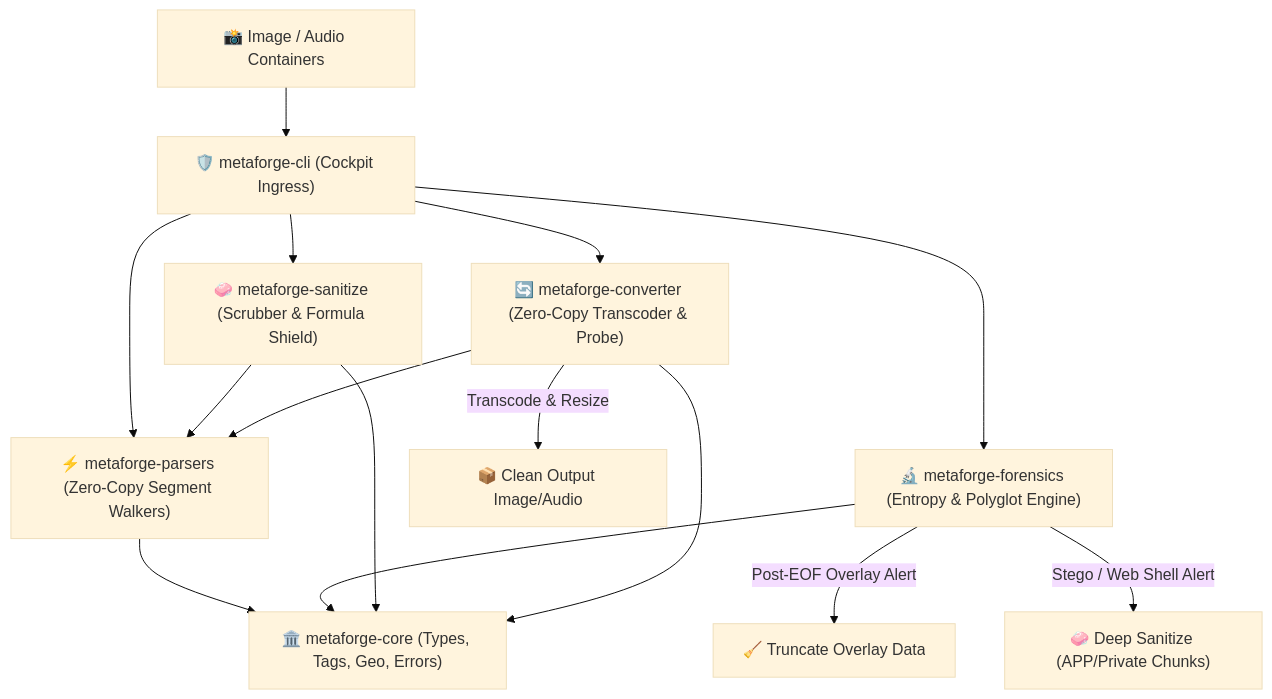
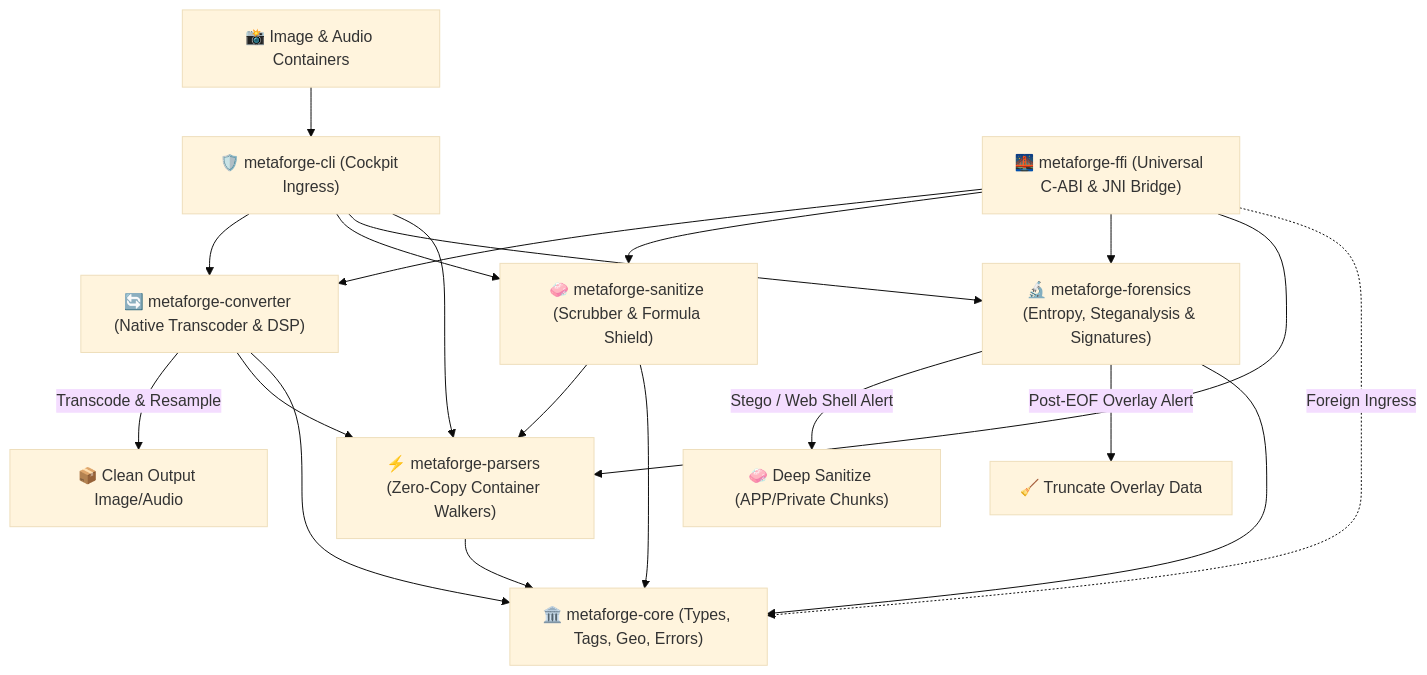
One commit to xuoxod/metaforge changed the diagram in README.md. Above: the diagram before and after it, drawn with Mermaid (base theme). The commit also changed other lines of this file and 5 other files, not shown here.

````diff
--- a/README.md
+++ b/README.md
@@ -5,19 +10,24 @@
 ```mermaid
 graph TD
-    Media["📸 Image / Audio Containers"] --> CLI["🛡️ metaforge-cli (Cockpit Ingress)"]
-    CLI --> Parsers["⚡ metaforge-parsers (Zero-Copy Segment Walkers)"]
-    CLI --> Forensics["🔬 metaforge-forensics (Entropy & Polyglot Engine)"]
+    Media["📸 Image & Audio Containers"] --> CLI["🛡️ metaforge-cli (Cockpit Ingress)"]
+    CLI --> Parsers["⚡ metaforge-parsers (Zero-Copy Container Walkers)"]
+    CLI --> Forensics["🔬 metaforge-forensics (Entropy, Steganalysis & Signatures)"]
     CLI --> Sanitize["🧼 metaforge-sanitize (Scrubber & Formula Shield)"]
-    CLI --> Converter["🔄 metaforge-converter (Zero-Copy Transcoder & Probe)"]
+    CLI --> Converter["🔄 metaforge-converter (Native Transcoder & DSP)"]
+    FFI["🌉 metaforge-ffi (Universal C-ABI & JNI Bridge)"] -. Foreign Ingress .-> Core
     
     Parsers --> Core["🏛️ metaforge-core (Types, Tags, Geo, Errors)"]
     Forensics --> Core
     Sanitize --> Core
     Sanitize --> Parsers
     Converter --> Core
     Converter --> Parsers
+    FFI --> Parsers
+    FFI --> Forensics
+    FFI --> Sanitize
+    FFI --> Converter
 
     Forensics -- Post-EOF Overlay Alert --> Truncate["🧹 Truncate Overlay Data"]
     Forensics -- Stego / Web Shell Alert --> Strip["🧼 Deep Sanitize (APP/Private Chunks)"]
-    Converter -- Transcode & Resize --> Deliverable["📦 Clean Output Image/Audio"]
+    Converter -- Transcode & Resample --> Deliverable["📦 Clean Output Image/Audio"]
 ```
````
